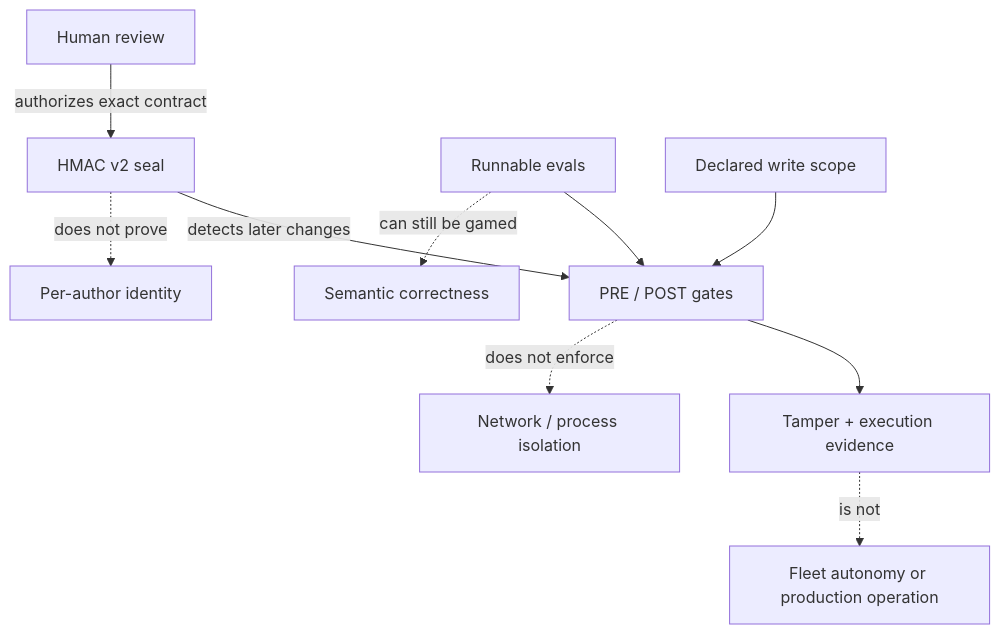
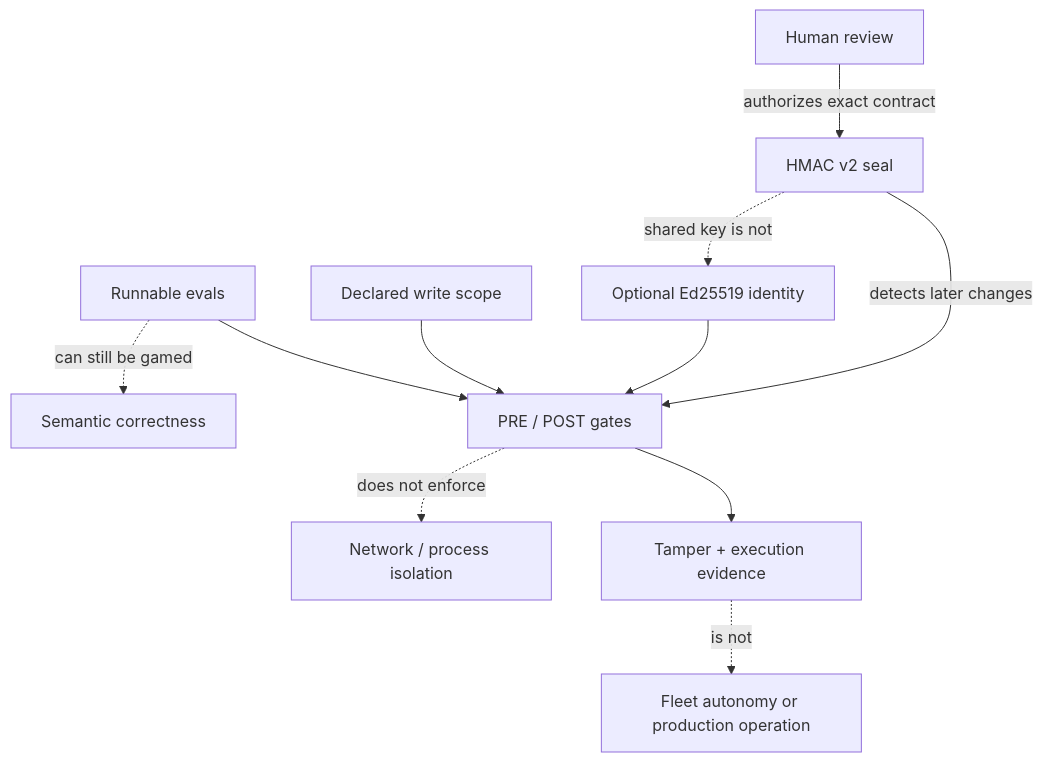
The third of 3 diagrams in README.md (luanmorenommaciel/task-spec), drawn with Mermaid before and after one commit. The commit also changed other lines of this file and 71 other files, not shown here.

````diff
--- a/README.md
+++ b/README.md
@@ -320,13 +336,14 @@
 ```mermaid
 flowchart TB
     Human["Human review"] -->|authorizes exact contract| Seal["HMAC v2 seal"]
     Seal -->|detects later changes| Gate["PRE / POST gates"]
     Spec["Runnable evals"] --> Gate
     Scope["Declared write scope"] --> Gate
     Gate --> Evidence["Tamper + execution evidence"]
 
-    Seal -. does not prove .-> Identity["Per-author identity"]
+    Identity["Optional Ed25519 identity"] --> Gate
+    Seal -. shared key is not .-> Identity
     Spec -. can still be gamed .-> Semantics["Semantic correctness"]
     Gate -. does not enforce .-> Sandbox["Network / process isolation"]
     Evidence -. is not .-> Fleet["Fleet autonomy or production operation"]
 ```
````
